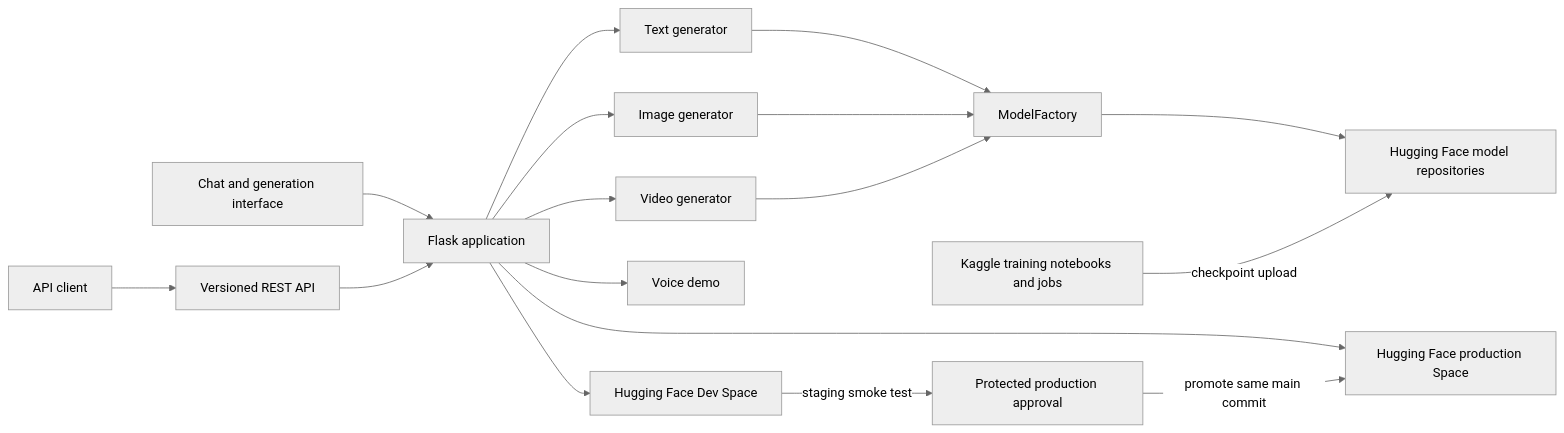
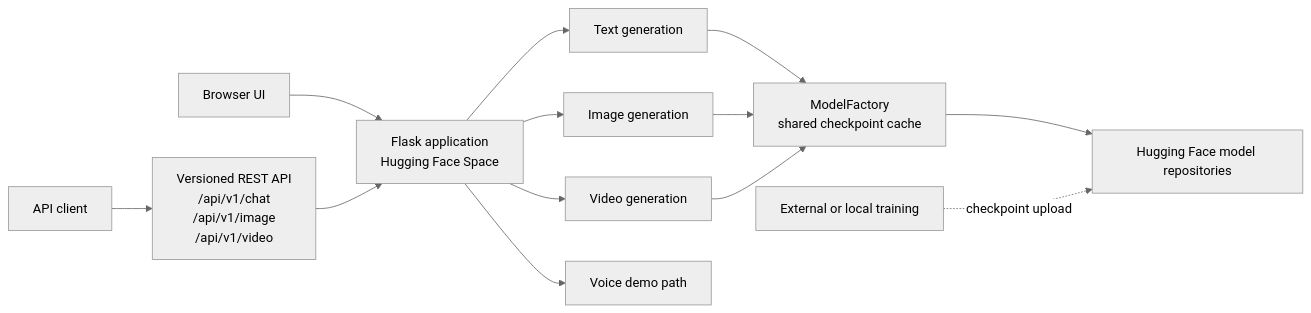
The second of 4 diagrams in docs/ARCHITECTURE.md (Ssaiyajin/Sainyx), drawn with Mermaid (neutral theme) before and after one commit. The commit also changed other lines of this file and 9 other files, not shown here.

Commit message:
Finalize Sainyx UI, CI, and architecture flows

````diff
--- a/docs/ARCHITECTURE.md
+++ b/docs/ARCHITECTURE.md
@@ -3,19 +36,15 @@
 ```mermaid
 flowchart LR
-    Browser[Chat and generation interface] --> App[Flask application]
-    Client[API client] --> API[Versioned REST API]
-    API --> App
-    App --> Text[Text generator]
-    App --> Image[Image generator]
-    App --> Video[Video generator]
-    App --> Voice[Voice demo]
-    Text --> Factory[ModelFactory]
+    Browser["Browser UI"] --> Flask["Flask application<br/>Hugging Face Space"]
+    Client["API client"] --> API["Versioned REST API<br/>/api/v1/chat<br/>/api/v1/image<br/>/api/v1/video"]
+    API --> Flask
+    Flask --> Text["Text generation"]
+    Flask --> Image["Image generation"]
+    Flask --> Video["Video generation"]
+    Flask --> Voice["Voice demo path"]
+    Text --> Factory["ModelFactory<br/>shared checkpoint cache"]
     Image --> Factory
     Video --> Factory
-    Factory --> Hub[Hugging Face model repositories]
-    Kaggle[Kaggle training notebooks and jobs] -->|checkpoint upload| Hub
-    App --> Dev[Hugging Face Dev Space]
-    App --> Prod[Hugging Face production Space]
-    Dev -->|staging smoke test| Gate[Protected production approval]
-    Gate -->|promote same main commit| Prod
+    Factory --> Hub["Hugging Face model repositories"]
+    Training["External or local training"] -. "checkpoint upload" .-> Hub
 ```
````
